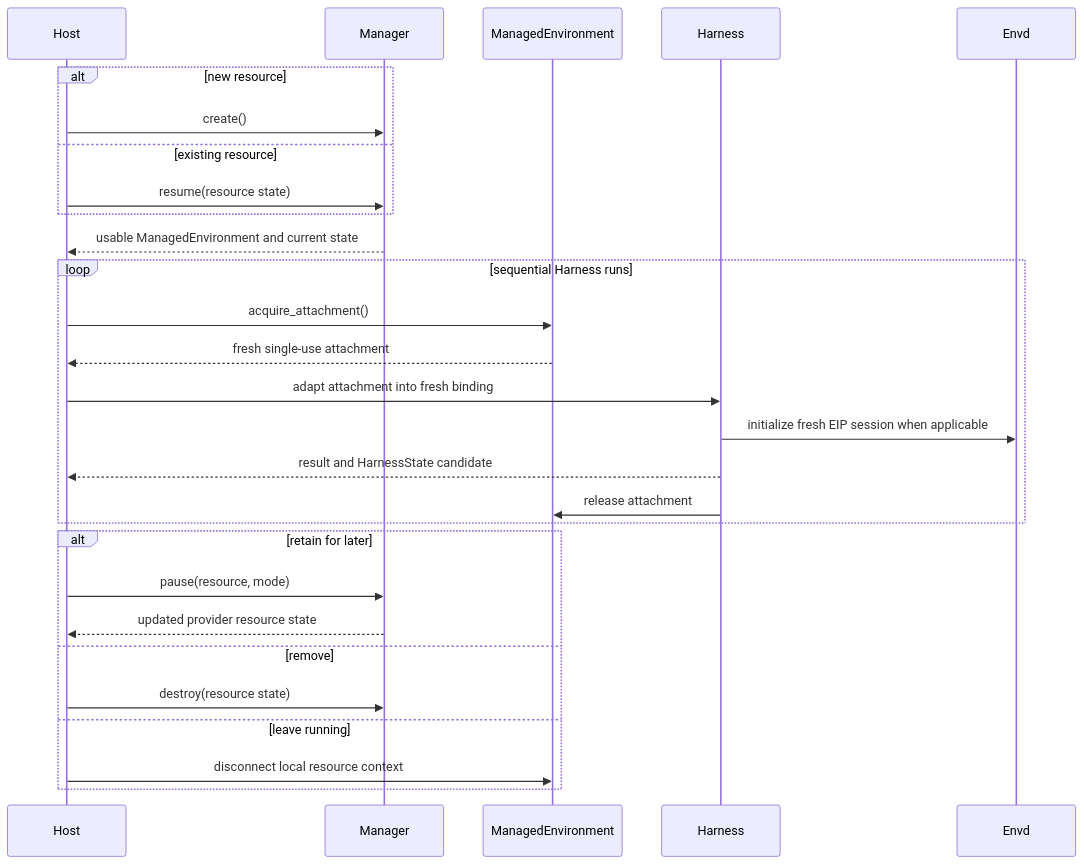
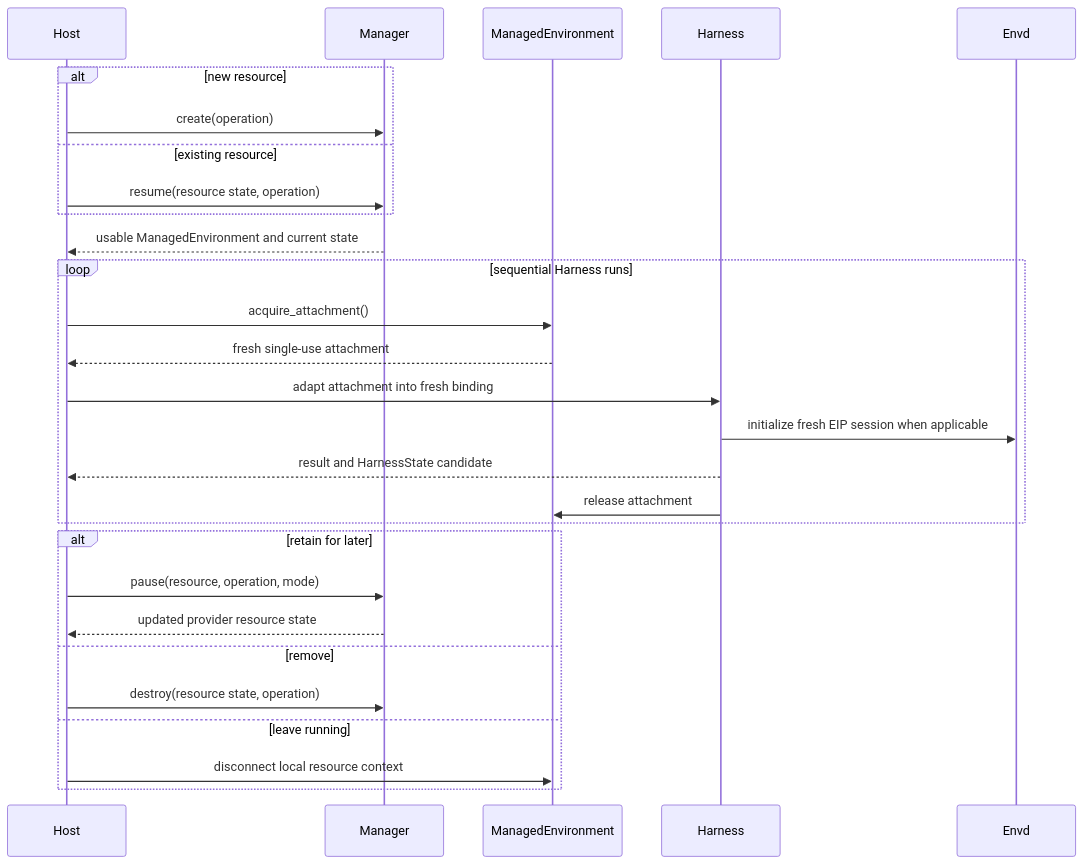
One commit to LTThreeComma/agent-foundation changed the diagram in spec/agent-environment-provider/02-resource-management-and-attachments.md. Above: the diagram before and after it, drawn with Mermaid. The commit also changed other lines of this file and 21 other files, not shown here.

````diff
--- a/spec/agent-environment-provider/02-resource-management-and-attachments.md
+++ b/spec/agent-environment-provider/02-resource-management-and-attachments.md
@@ -148,31 +212,31 @@
 ```mermaid
 sequenceDiagram
     participant Host
     participant Manager
     participant Resource as ManagedEnvironment
     participant Harness
     participant Envd
 
     alt new resource
-        Host->>Manager: create()
+        Host->>Manager: create(operation)
     else existing resource
-        Host->>Manager: resume(resource state)
+        Host->>Manager: resume(resource state, operation)
     end
     Manager-->>Host: usable ManagedEnvironment and current state
     loop sequential Harness runs
         Host->>Resource: acquire_attachment()
         Resource-->>Host: fresh single-use attachment
         Host->>Harness: adapt attachment into fresh binding
         Harness->>Envd: initialize fresh EIP session when applicable
         Harness-->>Host: result and HarnessState candidate
         Harness->>Resource: release attachment
     end
     alt retain for later
-        Host->>Manager: pause(resource, mode)
+        Host->>Manager: pause(resource, operation, mode)
         Manager-->>Host: updated provider resource state
     else remove
-        Host->>Manager: destroy(resource state)
+        Host->>Manager: destroy(resource state, operation)
     else leave running
         Host->>Resource: disconnect local resource context
     end
 ```
````
